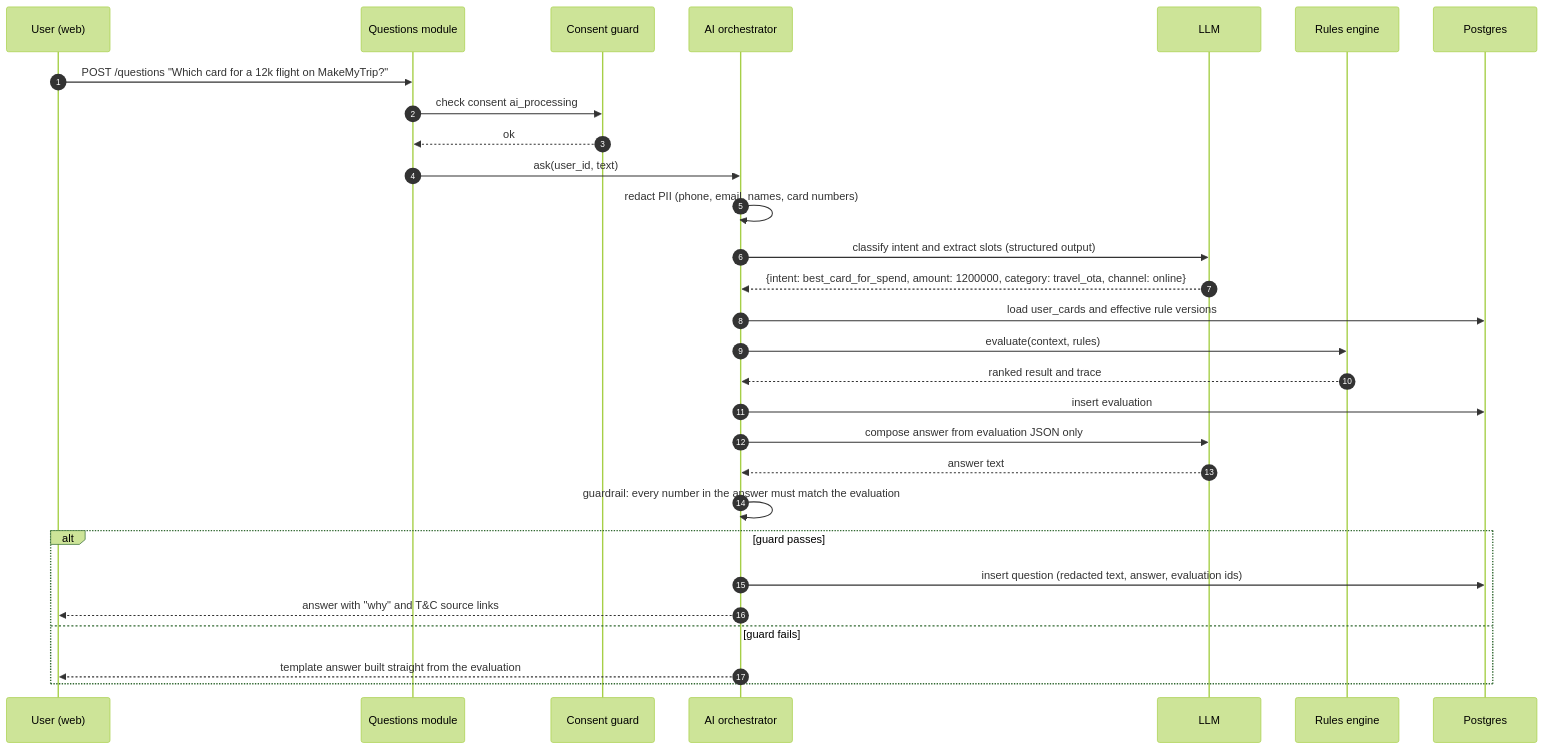
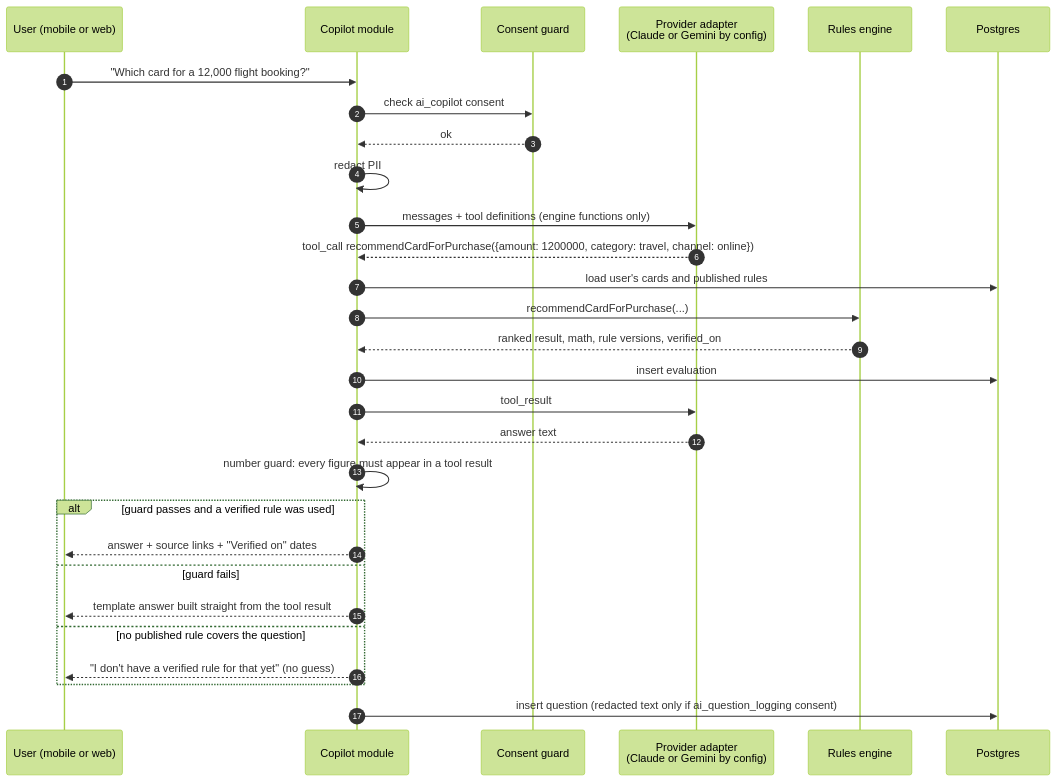
One commit to bsandipan88/CardGuru changed the sixth of 9 diagrams in docs/ARCHITECTURE.md. Above: the diagram before and after it, drawn with Mermaid (forest theme). The commit also changed other lines of this file and 3 other files, not shown here.

First line of the commit message:
docs: align architecture with BUILD_PROMPTS.md and add build prompts

````diff
--- a/docs/ARCHITECTURE.md
+++ b/docs/ARCHITECTURE.md
@@ -428,32 +570,32 @@
 ```mermaid
 sequenceDiagram
     autonumber
-    participant U as User (web)
-    participant API as Questions module
+    participant U as User (mobile or web)
+    participant API as Copilot module
     participant G as Consent guard
-    participant AI as AI orchestrator
-    participant L as LLM
+    participant P as Provider adapter<br/>(Claude or Gemini by config)
     participant E as Rules engine
     participant DB as Postgres
 
-    U->>API: POST /questions "Which card for a 12k flight on MakeMyTrip?"
-    API->>G: check consent ai_processing
+    U->>API: "Which card for a 12,000 flight booking?"
+    API->>G: check ai_copilot consent
     G-->>API: ok
-    API->>AI: ask(user_id, text)
-    AI->>AI: redact PII (phone, email, names, card numbers)
-    AI->>L: classify intent and extract slots (structured output)
-    L-->>AI: {intent: best_card_for_spend, amount: 1200000, category: travel_ota, channel: online}
-    AI->>DB: load user_cards and effective rule versions
-    AI->>E: evaluate(context, rules)
-    E-->>AI: ranked result and trace
-    AI->>DB: insert evaluation
-    AI->>L: compose answer from evaluation JSON only
-    L-->>AI: answer text
-    AI->>AI: guardrail: every number in the answer must match the evaluation
-    alt guard passes
-        AI->>DB: insert question (redacted text, answer, evaluation ids)
-        AI-->>U: answer with "why" and T&C source links
+    API->>API: redact PII
+    API->>P: messages + tool definitions (engine functions only)
+    P-->>API: tool_call recommendCardForPurchase({amount: 1200000, category: travel, channel: online})
+    API->>DB: load user's cards and published rules
+    API->>E: recommendCardForPurchase(...)
+    E-->>API: ranked result, math, rule versions, verified_on
+    API->>DB: insert evaluation
+    API->>P: tool_result
+    P-->>API: answer text
+    API->>API: number guard: every figure must appear in a tool result
+    alt guard passes and a verified rule was used
+        API-->>U: answer + source links + "Verified on" dates
     else guard fails
-        AI-->>U: template answer built straight from the evaluation
+        API-->>U: template answer built straight from the tool result
+    else no published rule covers the question
+        API-->>U: "I don't have a verified rule for that yet" (no guess)
     end
+    API->>DB: insert question (redacted text only if ai_question_logging consent)
 ```
````
